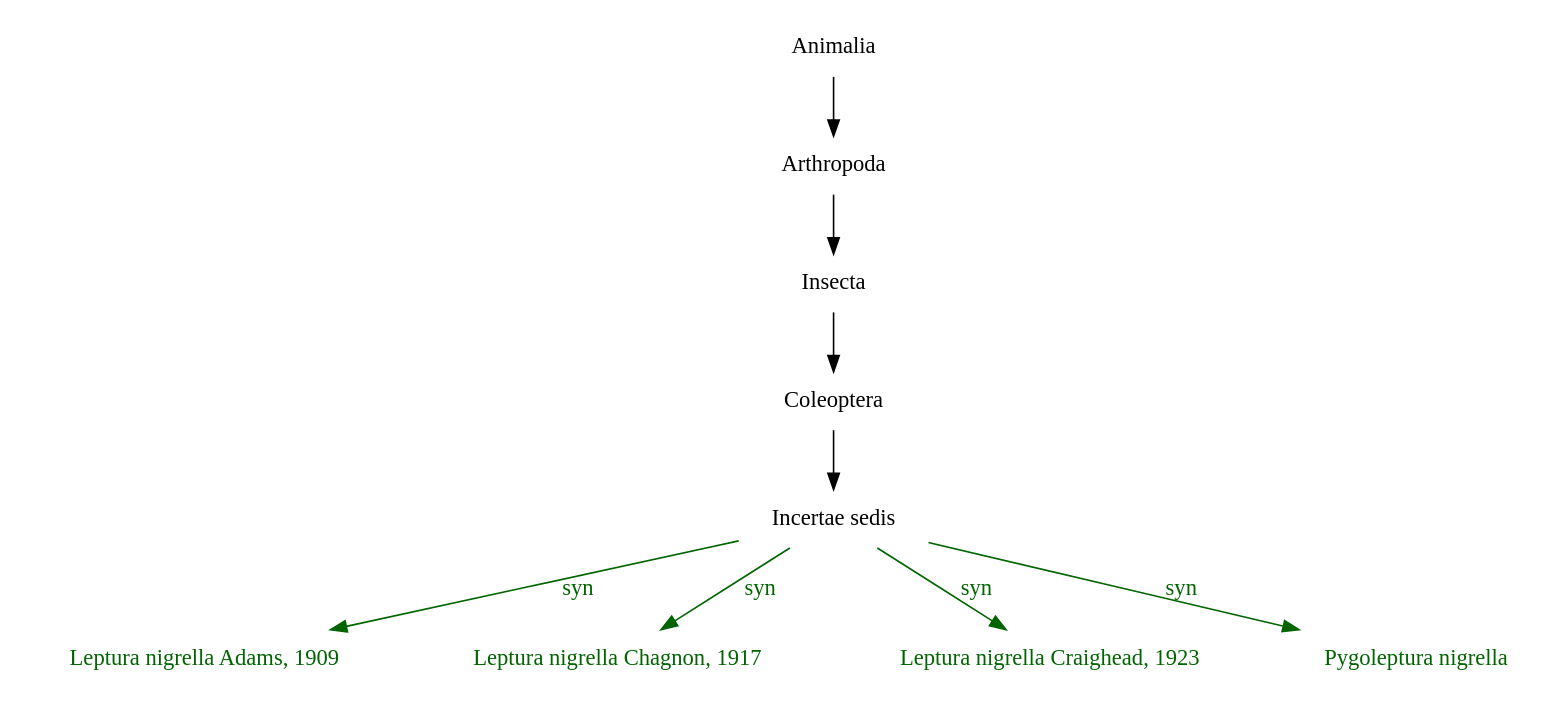
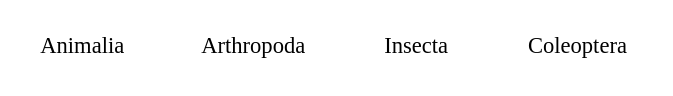
One commit to CatalogueOfLife/backend changed the diagram in colplus-admin/graphs/tree3.dot. Above: the diagram before and after it, drawn with Graphviz. The commit also changed 49 other files, not shown here.

```diff
--- a/colplus-admin/graphs/tree3.dot
+++ b/colplus-admin/graphs/tree3.dot
@@ -1,21 +1,8 @@
 digraph G {
   node [shape=plaintext]
 
   n0  [label="Animalia"]
-  n0 -> n1
   n1  [label="Arthropoda"]
-  n1 -> n2
   n2  [label="Insecta"]
-  n2 -> n3
   n3  [label="Coleoptera"]
-  n3 -> n8
-  n8  [label="Incertae sedis"]
-  n4  [label="Leptura nigrella Adams, 1909", fontcolor=darkgreen]
-  n8 -> n4  [color=darkgreen, fontcolor=darkgreen, label=syn]
-  n5  [label="Leptura nigrella Chagnon, 1917", fontcolor=darkgreen]
-  n8 -> n5  [color=darkgreen, fontcolor=darkgreen, label=syn]
-  n6  [label="Leptura nigrella Craighead, 1923", fontcolor=darkgreen]
-  n8 -> n6  [color=darkgreen, fontcolor=darkgreen, label=syn]
-  n7  [label="Pygoleptura nigrella", fontcolor=darkgreen]
-  n8 -> n7  [color=darkgreen, fontcolor=darkgreen, label=syn]
 }
```
